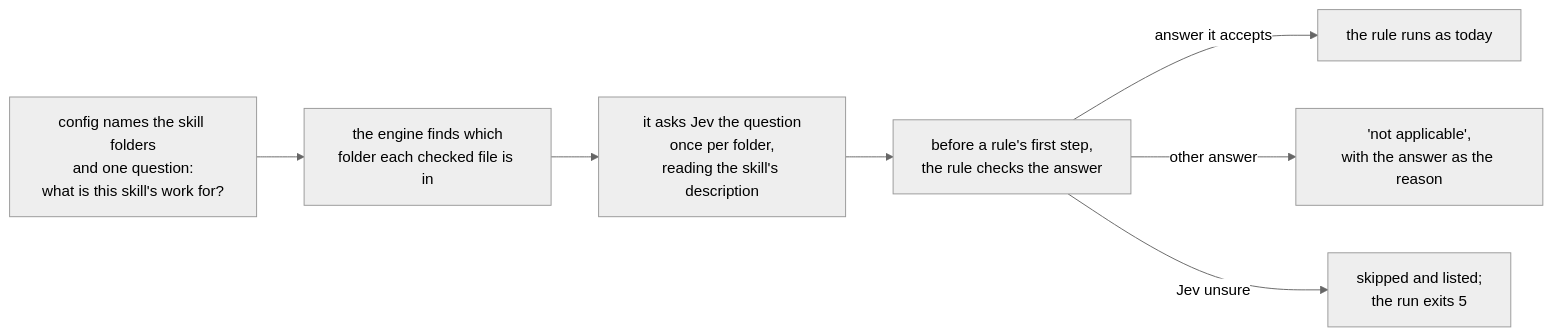
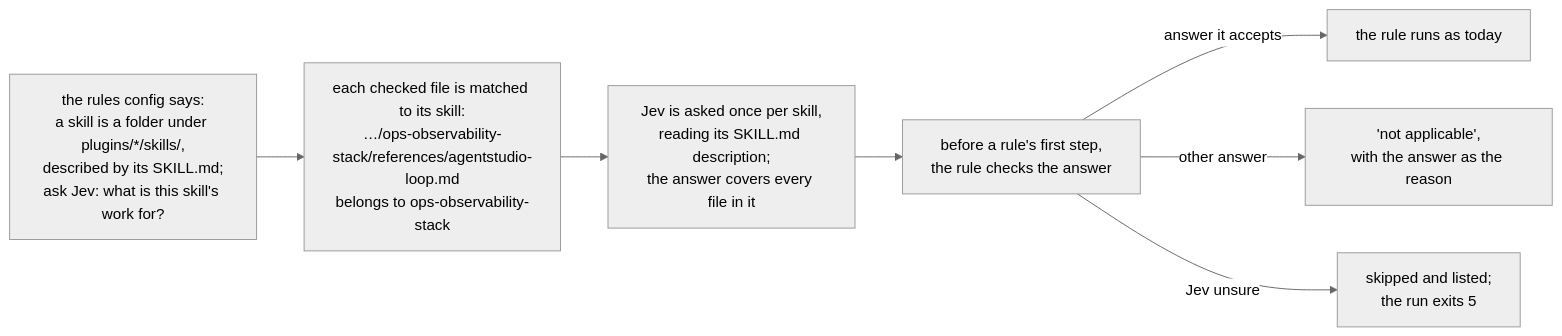
Before and after one commit to ShravanSunder/sunstack: the diagram in docs/specs/2026-11-03-skill-rules/deliverables/1-engine-asks-kind-once/design.md, drawn with Mermaid (neutral theme). The commit also changed 1 other file, not shown here.

Commit message:
docs(skill-rules): deliverable 1's picture uses the real config and a real file

````diff
--- a/docs/specs/2026-11-03-skill-rules/deliverables/1-engine-asks-kind-once/design.md
+++ b/docs/specs/2026-11-03-skill-rules/deliverables/1-engine-asks-kind-once/design.md
@@ -9,9 +9,9 @@
 ```mermaid
 flowchart LR
-  config["config names the skill folders<br/>and one question:<br/>what is this skill's work for?"] --> folders["the engine finds which<br/>folder each checked file is in"]
-  folders --> ask["it asks Jev the question<br/>once per folder,<br/>reading the skill's description"]
+  config["the rules config says:<br/>a skill is a folder under plugins/*/skills/,<br/>described by its SKILL.md;<br/>ask Jev: what is this skill's work for?"] --> folders["each checked file is matched to its skill:<br/>…/ops-observability-stack/references/agentstudio-loop.md<br/>belongs to ops-observability-stack"]
+  folders --> ask["Jev is asked once per skill,<br/>reading its SKILL.md description;<br/>the answer covers every file in it"]
   ask --> gate["before a rule's first step,<br/>the rule checks the answer"]
   gate -->|"answer it accepts"| runs["the rule runs as today"]
   gate -->|"other answer"| na["'not applicable',<br/>with the answer as the reason"]
   gate -->|"Jev unsure"| skip["skipped and listed;<br/>the run exits 5"]
 ```
````
